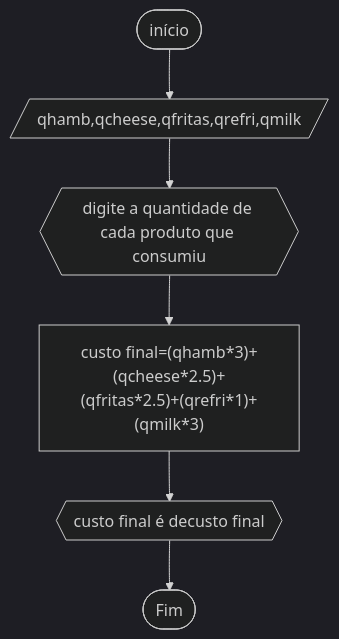
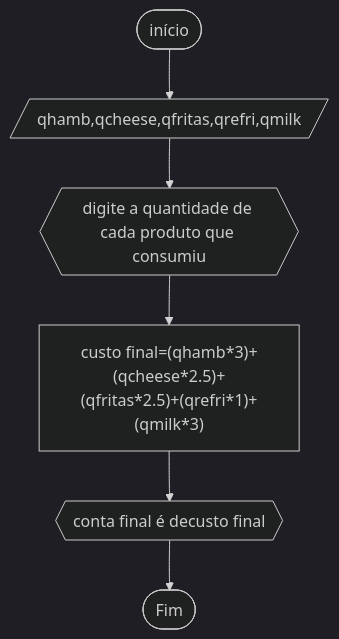
The diagram in RLA/RLA2/lista_exercício2.6.md (yeesusu/UNIFOR), drawn with Mermaid (dark theme) before and after one commit.

````diff
--- a/RLA/RLA2/lista_exercício2.6.md
+++ b/RLA/RLA2/lista_exercício2.6.md
@@ -4,8 +4,8 @@
 ```mermaid
 flowchart TD
 A([início])-->B[/qhamb,qcheese,qfritas,qrefri,qmilk/]
 B-->C{{"digite a quantidade de cada produto que consumiu"}}
 C-->D["custo final=(qhamb*3)+(qcheese*2.5)+(qfritas*2.5)+(qrefri*1)+(qmilk*3)"]
-D-->E{{"custo final é de"custo final}}
+D-->E{{"conta final é de"custo final}}
 E-->Z([Fim])
 ```
````
